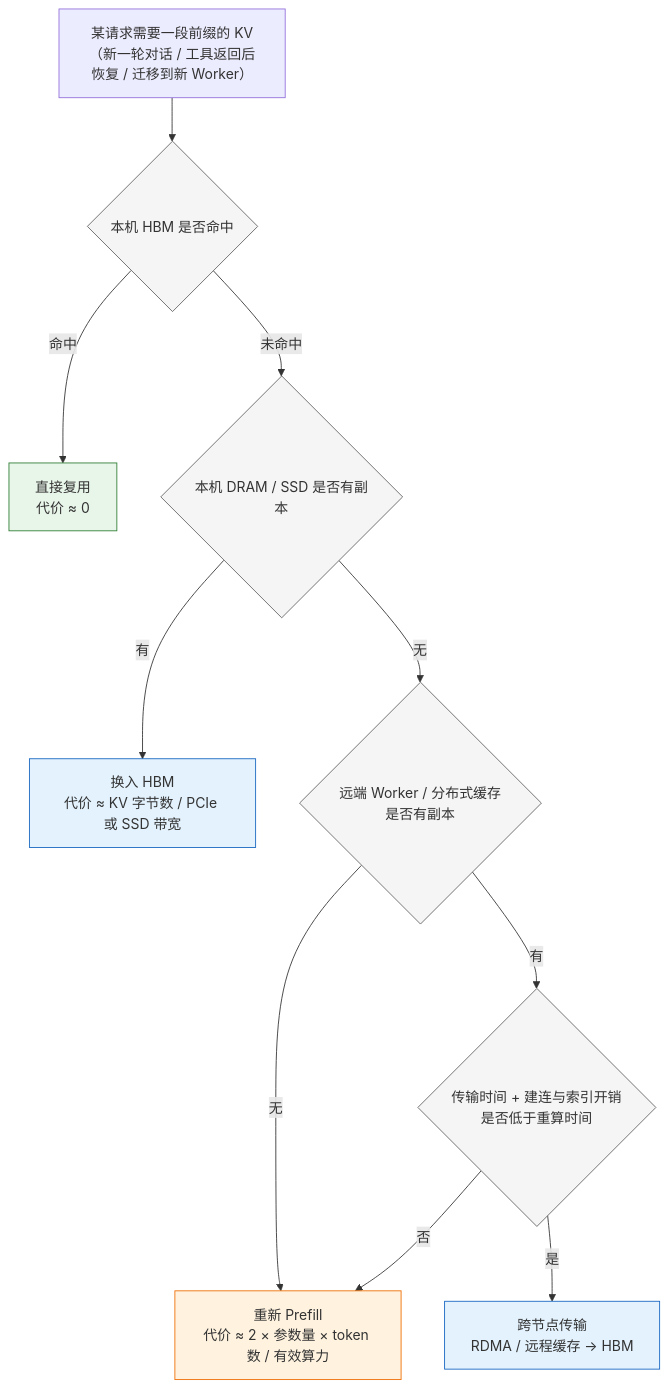
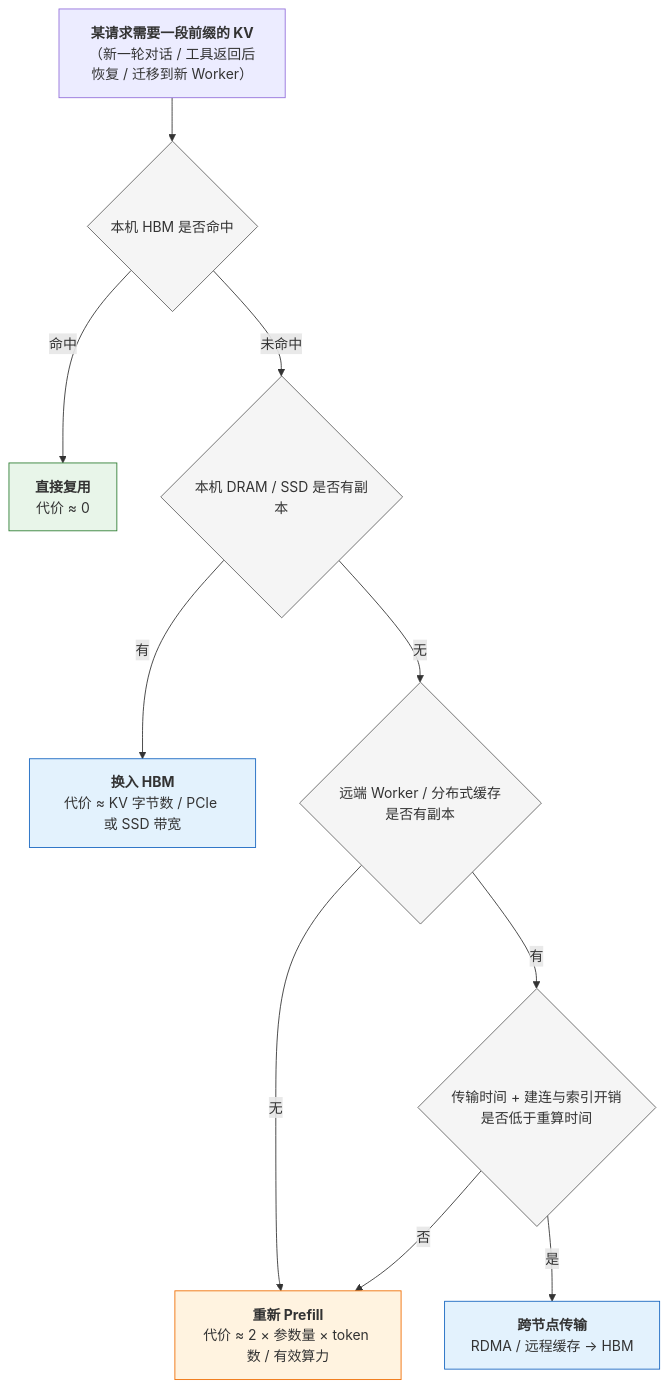
Before and after one commit to arganzheng/arganzheng.github.com: the diagram in _posts/2026-08-24-future-of-serving-infra.md, drawn with Mermaid. The commit also changed 14 other files, not shown here.

First line of the commit message:
大模型推理系统揭秘：从 vLLM 看 LLM Serving Infra 核心技术：Mermaid 多行方框的首行标为标题（15 篇）

````diff
--- a/_posts/2026-08-24-future-of-serving-infra.md
+++ b/_posts/2026-08-24-future-of-serving-infra.md
@@ -466,22 +466,22 @@
 ```mermaid
 %% 图：分层 KV Cache 的查找树：本机 HBM → 本机 DRAM / SSD → 远端副本，只有远端有副本时才比较传输与重算的代价
 flowchart TB
-    Q["某请求需要一段前缀的 KV<br/>（新一轮对话 / 工具返回后恢复 / 迁移到新 Worker）"] --> H{"本机 HBM 是否命中"}
-    H -->|"命中"| USE["直接复用<br/>代价 ≈ 0"]
+    Q["<b>某请求需要一段前缀的 KV</b><br/>（新一轮对话 / 工具返回后恢复 / 迁移到新 Worker）"] --> H{"本机 HBM 是否命中"}
+    H -->|"命中"| USE["<b>直接复用</b><br/>代价 ≈ 0"]
     H -->|"未命中"| L{"本机 DRAM / SSD 是否有副本"}
-    L -->|"有"| LOAD["换入 HBM<br/>代价 ≈ KV 字节数 / PCIe 或 SSD 带宽"]
+    L -->|"有"| LOAD["<b>换入 HBM</b><br/>代价 ≈ KV 字节数 / PCIe 或 SSD 带宽"]
     L -->|"无"| R{"远端 Worker / 分布式缓存是否有副本"}
-    R -->|"无"| RC["重新 Prefill<br/>代价 ≈ 2 × 参数量 × token 数 / 有效算力"]
+    R -->|"无"| RC["<b>重新 Prefill</b><br/>代价 ≈ 2 × 参数量 × token 数 / 有效算力"]
     R -->|"有"| CMP{"传输时间 + 建连与索引开销<br/>是否低于重算时间"}
-    CMP -->|"是"| TX["跨节点传输<br/>RDMA / 远程缓存 → HBM"]
+    CMP -->|"是"| TX["<b>跨节点传输</b><br/>RDMA / 远程缓存 → HBM"]
     CMP -->|"否"| RC
 
     classDef hit fill:#e8f5e9,stroke:#2e7d32;
     classDef move fill:#e3f2fd,stroke:#1565c0;
     classDef comp fill:#fff3e0,stroke:#ef6c00;
     classDef dec fill:#f5f5f5,stroke:#616161;
     class USE hit;
     class LOAD,TX move;
     class RC comp;
     class H,L,R,CMP dec;
 ```
````
